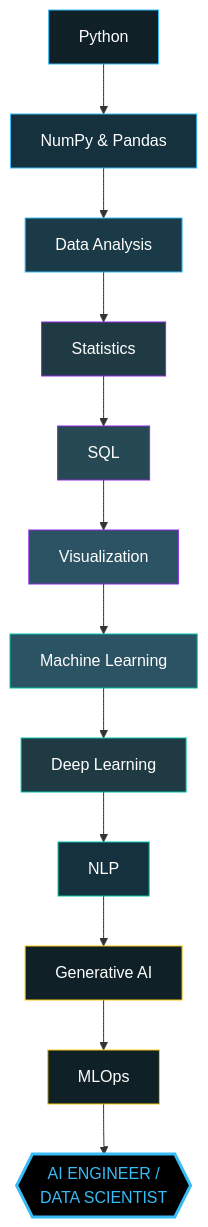
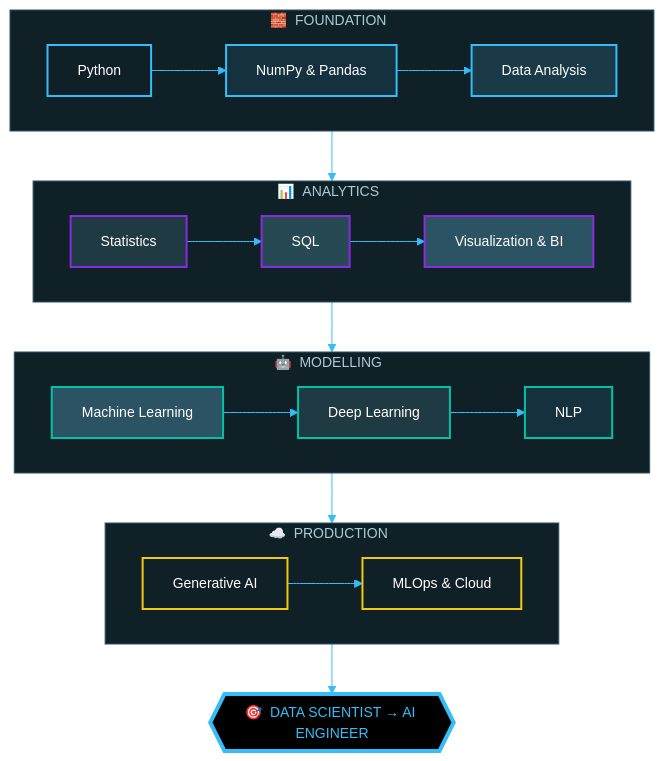
Before and after one commit to NEERAJSINGHDANU07/NEERAJSINGHDANU07: the second of 6 diagrams in README.md, drawn with Mermaid. The commit also changed other lines of this file, not shown here.

````diff
--- a/README.md
+++ b/README.md
@@ -201,28 +278,39 @@
 ```mermaid
+%%{init: {'theme':'base','themeVariables':{'fontFamily':'Fira Code, monospace','fontSize':'14px','primaryColor':'#203A43','primaryTextColor':'#FFFFFF','primaryBorderColor':'#36BCF7','lineColor':'#36BCF7','clusterBkg':'#0F2027','clusterBorder':'#2C5364'}}}%%
 flowchart TD
-    A[Python] --> B[NumPy & Pandas]
-    B --> C[Data Analysis]
-    C --> D[Statistics]
-    D --> E[SQL]
-    E --> F[Visualization]
-    F --> G[Machine Learning]
-    G --> H[Deep Learning]
-    H --> I[NLP]
-    I --> J[Generative AI]
-    J --> K[MLOps]
-    K --> L{{"AI ENGINEER /
-DATA SCIENTIST"}}
+    subgraph FOUNDATION["🧱 &nbsp;FOUNDATION &nbsp;"]
+        direction LR
+        A[Python] --> B[NumPy & Pandas] --> C[Data Analysis]
+    end
 
-    style A fill:#0F2027,stroke:#36BCF7,color:#fff
-    style B fill:#14313d,stroke:#36BCF7,color:#fff
-    style C fill:#1a3a48,stroke:#36BCF7,color:#fff
-    style D fill:#203A43,stroke:#8A2BE2,color:#fff
-    style E fill:#274953,stroke:#8A2BE2,color:#fff
-    style F fill:#2C5364,stroke:#8A2BE2,color:#fff
-    style G fill:#2C5364,stroke:#00C2A8,color:#fff
-    style H fill:#203A43,stroke:#00C2A8,color:#fff
-    style I fill:#14313d,stroke:#00C2A8,color:#fff
-    style J fill:#0F2027,stroke:#F2C811,color:#fff
-    style K fill:#0F2027,stroke:#F2C811,color:#fff
-    style L fill:#000000,stroke:#36BCF7,stroke-width:3px,color:#36BCF7
+    subgraph ANALYTICS["📊 &nbsp;ANALYTICS &nbsp;"]
+        direction LR
+        D[Statistics] --> E[SQL] --> F[Visualization & BI]
+    end
+
+    subgraph MODELLING["🤖 &nbsp;MODELLING &nbsp;"]
+        direction LR
+        G[Machine Learning] --> H[Deep Learning] --> I[NLP]
+    end
+
+    subgraph PRODUCTION["☁️ &nbsp;PRODUCTION &nbsp;"]
+        direction LR
+        J[Generative AI] --> K[MLOps & Cloud]
+    end
+
+    FOUNDATION --> ANALYTICS --> MODELLING --> PRODUCTION
+    PRODUCTION --> L{{"🎯 &nbsp;DATA SCIENTIST → AI ENGINEER"}}
+
+    style A fill:#0F2027,stroke:#36BCF7,stroke-width:2px,color:#FFFFFF
+    style B fill:#14313D,stroke:#36BCF7,stroke-width:2px,color:#FFFFFF
+    style C fill:#1A3A48,stroke:#36BCF7,stroke-width:2px,color:#FFFFFF
+    style D fill:#203A43,stroke:#8A2BE2,stroke-width:2px,color:#FFFFFF
+    style E fill:#274953,stroke:#8A2BE2,stroke-width:2px,color:#FFFFFF
+    style F fill:#2C5364,stroke:#8A2BE2,stroke-width:2px,color:#FFFFFF
+    style G fill:#2C5364,stroke:#00C2A8,stroke-width:2px,color:#FFFFFF
+    style H fill:#203A43,stroke:#00C2A8,stroke-width:2px,color:#FFFFFF
+    style I fill:#14313D,stroke:#00C2A8,stroke-width:2px,color:#FFFFFF
+    style J fill:#0F2027,stroke:#F2C811,stroke-width:2px,color:#FFFFFF
+    style K fill:#0F2027,stroke:#F2C811,stroke-width:2px,color:#FFFFFF
+    style L fill:#000000,stroke:#36BCF7,stroke-width:4px,color:#36BCF7
 ```
````
